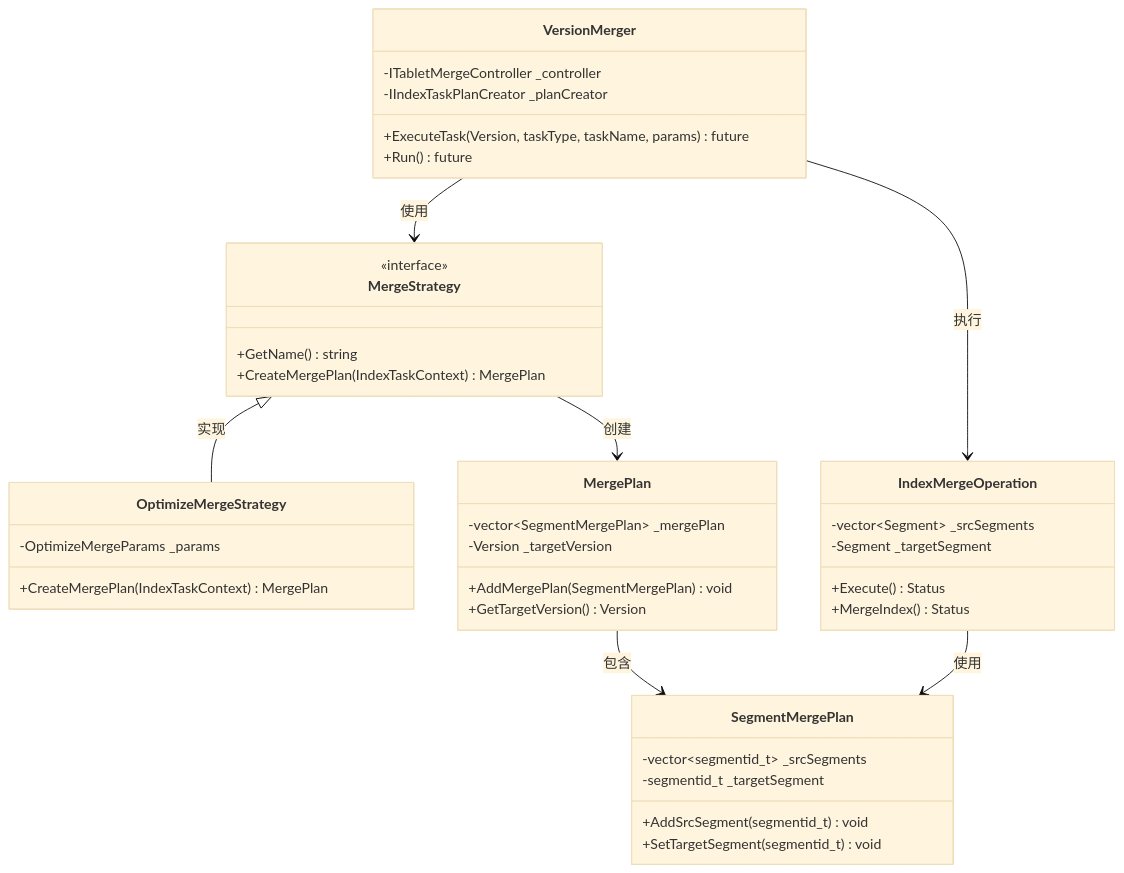
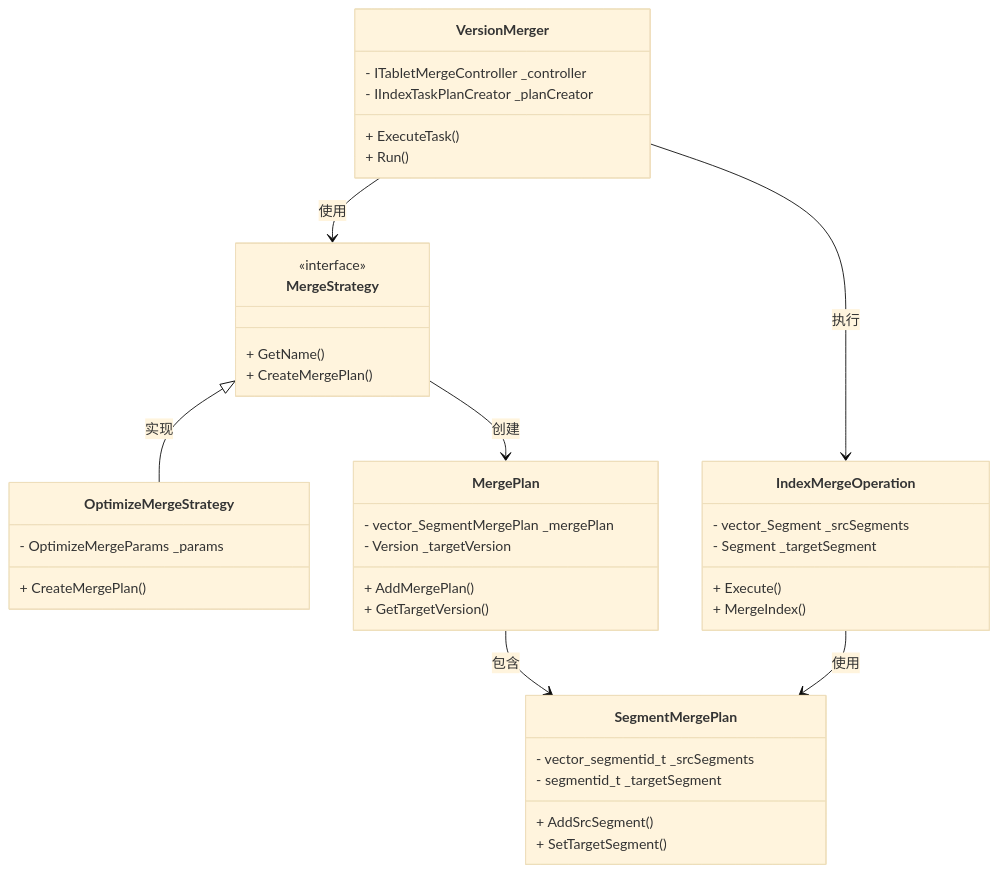
One commit to zhouzhilong-commits/zhouzhilong-commits.github.io changed the second of 5 diagrams in _posts/2025-06-29-indexlib-6-segment-merge.md. Above: the diagram before and after it, drawn with Mermaid (base theme). The commit also changed 228 other files, not shown here.

````diff
--- a/_posts/2025-06-29-indexlib-6-segment-merge.md
+++ b/_posts/2025-06-29-indexlib-6-segment-merge.md
@@ -63,48 +63,48 @@
 ```mermaid
 classDiagram
     class MergeStrategy {
         <<interface>>
-        +GetName() string
-        +CreateMergePlan(IndexTaskContext) MergePlan
+        + GetName()
+        + CreateMergePlan()
     }
     
     class OptimizeMergeStrategy {
-        -OptimizeMergeParams _params
-        +CreateMergePlan(IndexTaskContext) MergePlan
+        - OptimizeMergeParams _params
+        + CreateMergePlan()
     }
     
     class MergePlan {
-        -vector~SegmentMergePlan~ _mergePlan
-        -Version _targetVersion
-        +AddMergePlan(SegmentMergePlan) void
-        +GetTargetVersion() Version
+        - vector_SegmentMergePlan _mergePlan
+        - Version _targetVersion
+        + AddMergePlan()
+        + GetTargetVersion()
     }
     
     class SegmentMergePlan {
-        -vector~segmentid_t~ _srcSegments
-        -segmentid_t _targetSegment
-        +AddSrcSegment(segmentid_t) void
-        +SetTargetSegment(segmentid_t) void
+        - vector_segmentid_t _srcSegments
+        - segmentid_t _targetSegment
+        + AddSrcSegment()
+        + SetTargetSegment()
     }
     
     class VersionMerger {
-        -ITabletMergeController _controller
-        -IIndexTaskPlanCreator _planCreator
-        +ExecuteTask(Version, taskType, taskName, params) future
-        +Run() future
+        - ITabletMergeController _controller
+        - IIndexTaskPlanCreator _planCreator
+        + ExecuteTask()
+        + Run()
     }
     
     class IndexMergeOperation {
-        -vector~Segment~ _srcSegments
-        -Segment _targetSegment
-        +Execute() Status
-        +MergeIndex() Status
+        - vector_Segment _srcSegments
+        - Segment _targetSegment
+        + Execute()
+        + MergeIndex()
     }
     
     MergeStrategy <|-- OptimizeMergeStrategy : 实现
     MergeStrategy --> MergePlan : 创建
     MergePlan --> SegmentMergePlan : 包含
     VersionMerger --> MergeStrategy : 使用
     VersionMerger --> IndexMergeOperation : 执行
     IndexMergeOperation --> SegmentMergePlan : 使用
 ```
````
